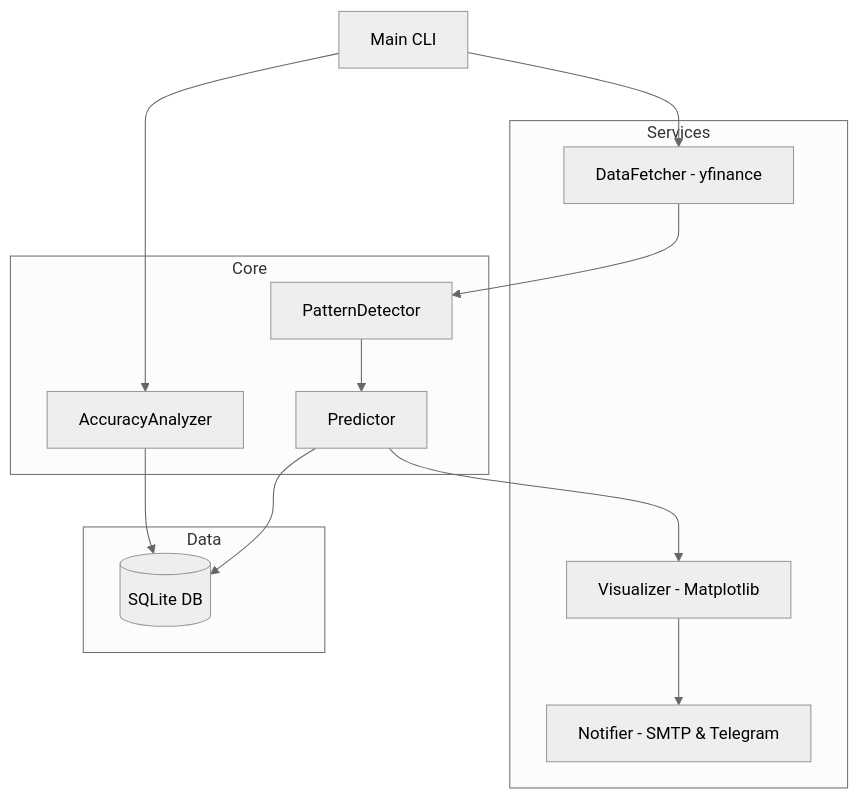
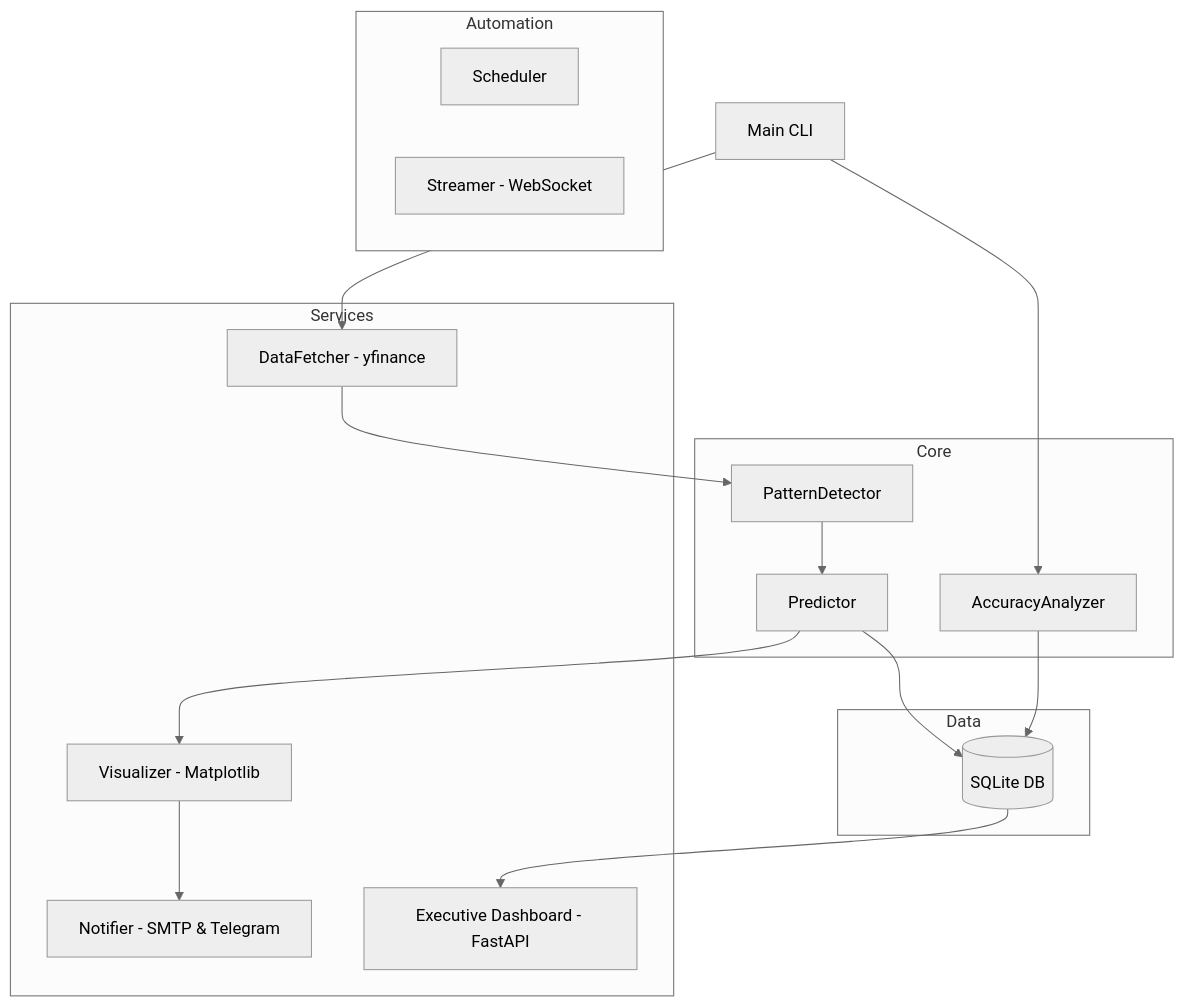
Before and after one commit to sevketbinali/FormoCast: the diagram in design.md, drawn with Mermaid (neutral theme). The commit also changed other lines of this file and 14 other files, not shown here.

Commit message:
feat: implement Binance WebSocket streamer, executive dashboard, and comprehensive test suite with updated Docker configuration.

````diff
--- a/design.md
+++ b/design.md
@@ -8,25 +8,31 @@
 ```mermaid
 graph TD
     subgraph Core
         D[PatternDetector]
         P[Predictor]
         A[AccuracyAnalyzer]
     end
     subgraph Services
         F[DataFetcher - yfinance]
         V[Visualizer - Matplotlib]
         N[Notifier - SMTP & Telegram]
+        DB_WEB[Executive Dashboard - FastAPI]
+    end
+    subgraph Automation
+        SCH[Scheduler]
+        STR[Streamer - WebSocket]
     end
     subgraph Data
         DB[(SQLite DB)]
     end
     
     CLI[Main CLI] --> F
     F --> D
     D --> P
     P --> DB
     P --> V
     V --> N
     CLI --> A
     A --> DB
+    DB --> DB_WEB
 ```
````
